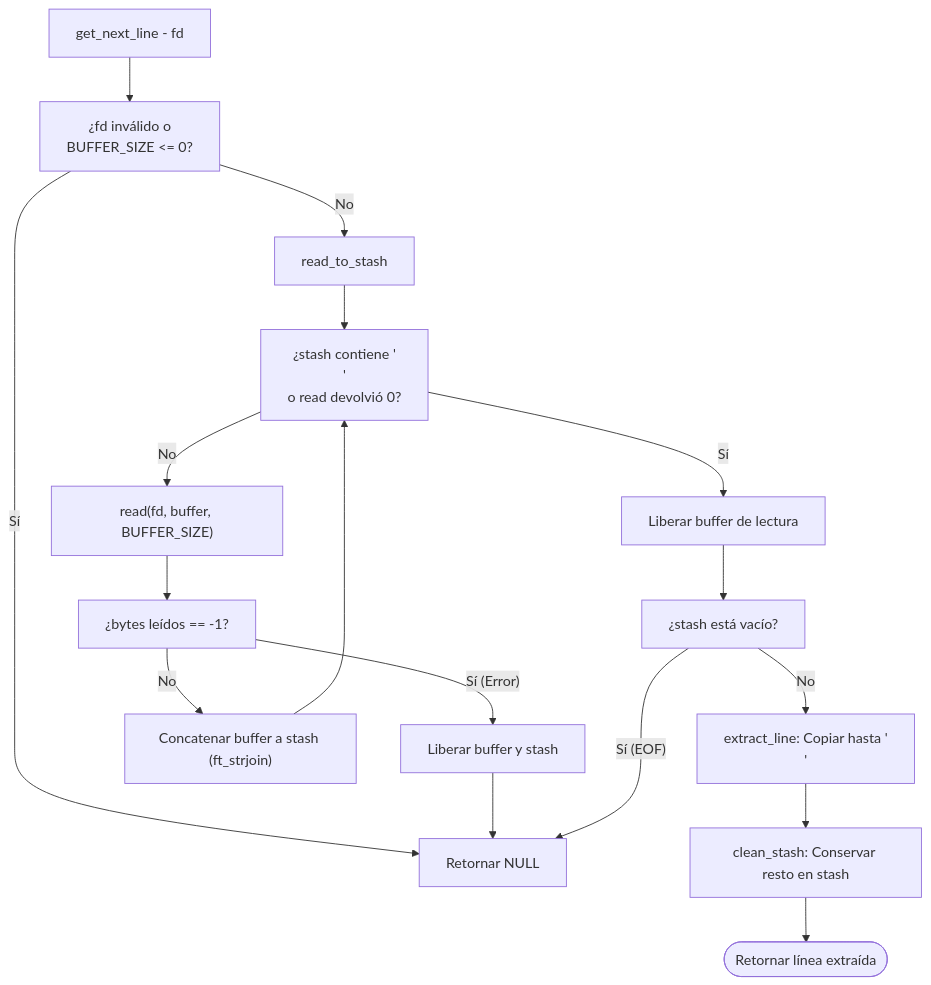
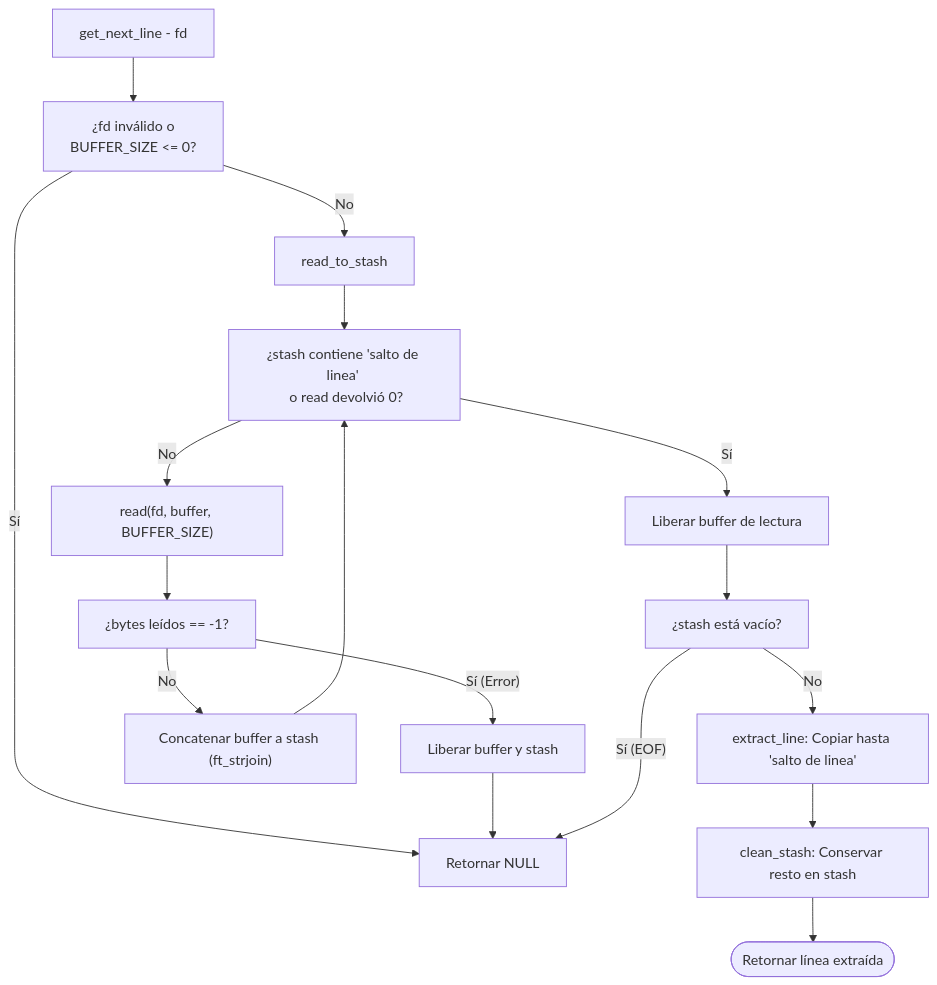
Before and after one commit to JQM-22/42: the first of 2 diagrams in cursus/milestone_1/2_get_next_line/README.md, drawn with Mermaid. The commit also changed other lines of this file and 9 other files, not shown here.

````diff
--- a/cursus/milestone_1/2_get_next_line/README.md
+++ b/cursus/milestone_1/2_get_next_line/README.md
@@ -310,20 +338,20 @@
 ```mermaid
 graph TD
     A[get_next_line - fd] --> B[¿fd inválido o <br> BUFFER_SIZE <= 0?]
     B -- Sí --> C[Retornar NULL]
     B -- No --> D[read_to_stash]
     
-    D --> E[¿stash contiene '\n' <br> o read devolvió 0?]
+    D --> E[¿stash contiene 'salto de linea' <br> o read devolvió 0?]
     E -- No --> F["read(fd, buffer, BUFFER_SIZE)"]
     F --> G[¿bytes leídos == -1?]
     G -- Sí (Error) --> H[Liberar buffer y stash] --> C
     G -- No --> I["Concatenar buffer a stash (ft_strjoin)"] --> E
 
     E -- Sí --> J[Liberar buffer de lectura]
     J --> K[¿stash está vacío?]
     K -- Sí (EOF) --> C
-    K -- No --> L[extract_line: Copiar hasta '\n']
+    K -- No --> L[extract_line: Copiar hasta 'salto de linea']
     L --> M[clean_stash: Conservar resto en stash]
     M --> N([Retornar línea extraída])
 
 ```
````
